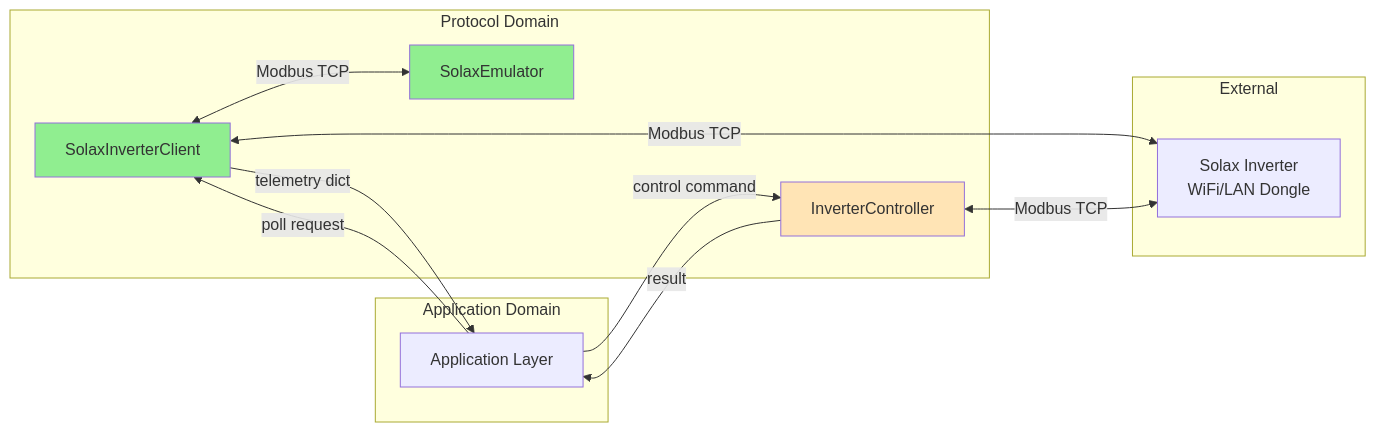
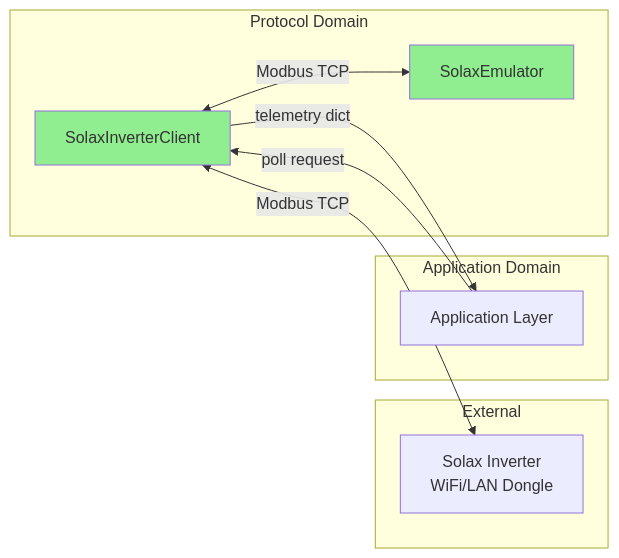
The first of 3 diagrams in workspace/design/design-8f3a1b2c-domain_protocol.md (William12556/solax-modbus), drawn with Mermaid before and after one commit. The commit also changed other lines of this file and 2 other files, not shown here.

````diff
--- a/workspace/design/design-8f3a1b2c-domain_protocol.md
+++ b/workspace/design/design-8f3a1b2c-domain_protocol.md
@@ -92,29 +91,24 @@
 ```mermaid
 flowchart LR
     subgraph "Protocol Domain"
         CLIENT[SolaxInverterClient]
-        CTRL[InverterController]
         EMU[SolaxEmulator]
     end
     
     subgraph "External"
         INV[Solax Inverter<br/>WiFi/LAN Dongle]
     end
     
     subgraph "Application Domain"
         APP[Application Layer]
     end
     
     APP -->|poll request| CLIENT
     CLIENT -->|telemetry dict| APP
-    APP -->|control command| CTRL
-    CTRL -->|result| APP
     
     CLIENT <-->|Modbus TCP| INV
-    CTRL <-->|Modbus TCP| INV
     CLIENT <-->|Modbus TCP| EMU
     
     style CLIENT fill:#90EE90
     style EMU fill:#90EE90
-    style CTRL fill:#FFE4B5
 ```
````
